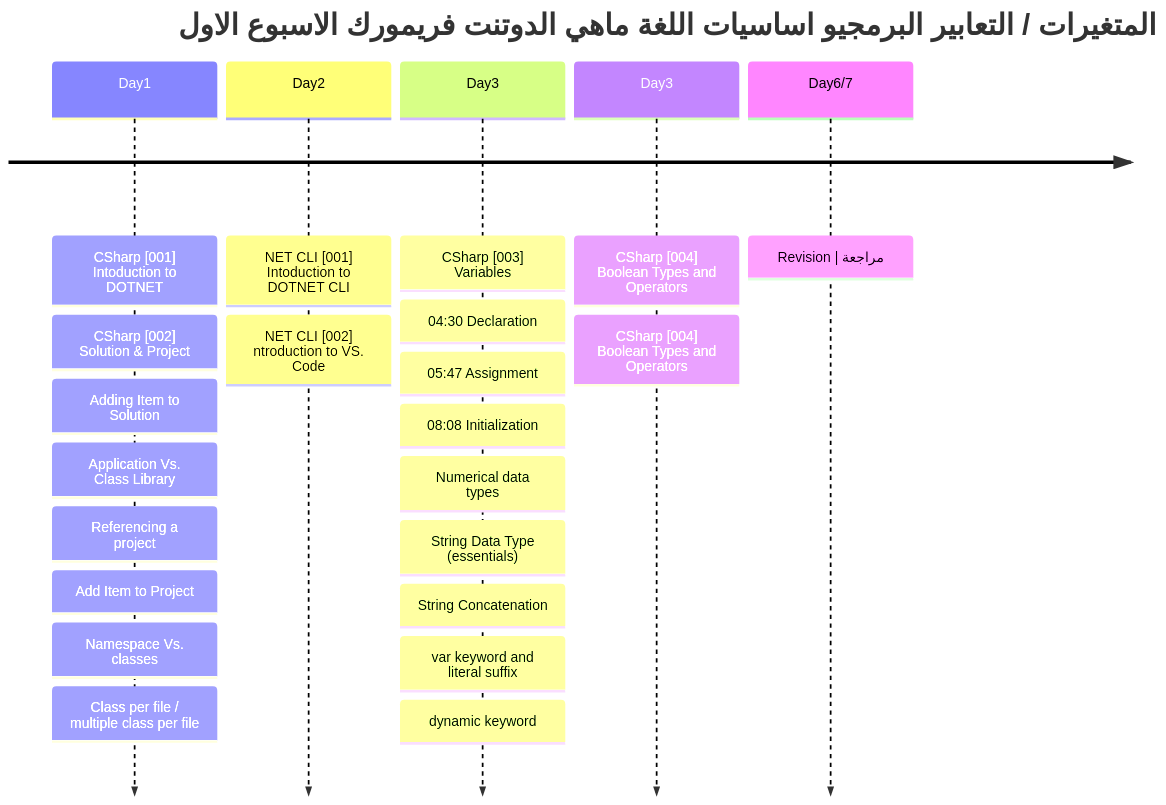
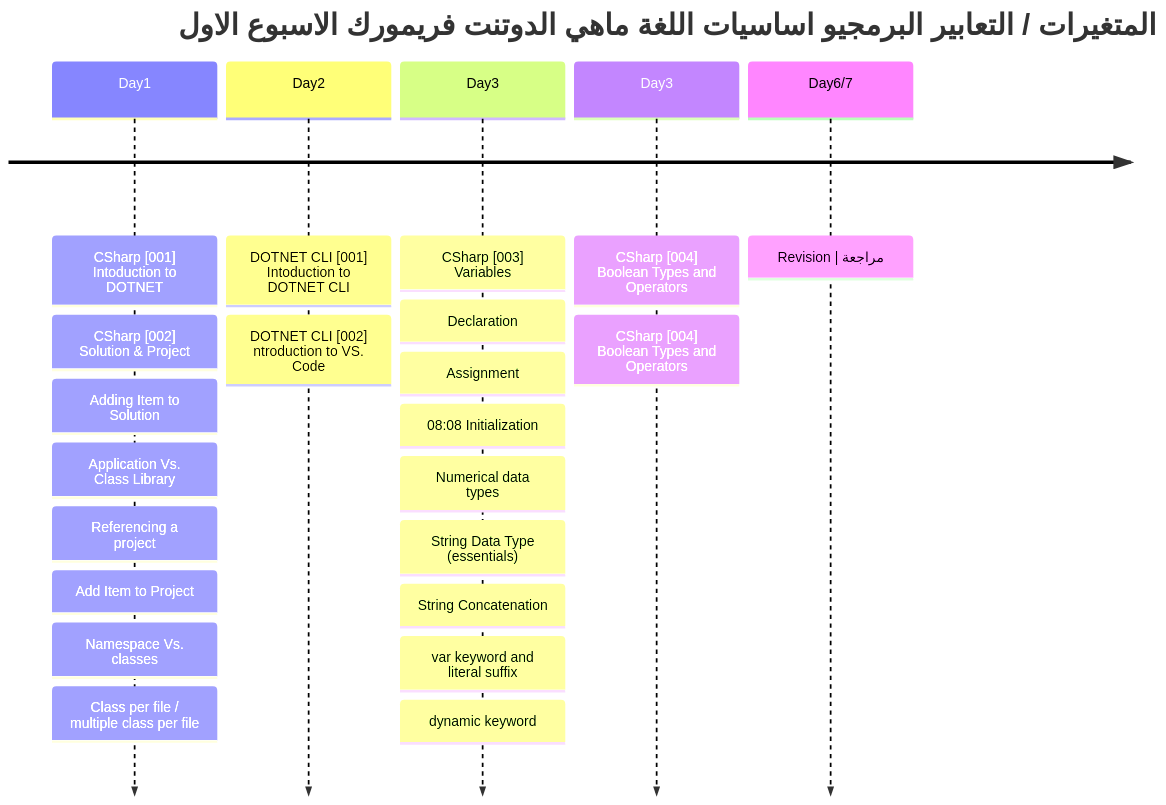
One commit to metigator/Roadmap changed the first of 3 diagrams in README.md. Above: the diagram before and after it, drawn with Mermaid.

````diff
--- a/README.md
+++ b/README.md
@@ -1,26 +1,26 @@
 ```mermaid
 timeline
     title  المتغيرات / التعابير البرمجيو اساسيات اللغة ماهي الدوتنت فريمورك  الاسبوع الاول
     Day1 : CSharp [001] Intoduction to DOTNET
          : CSharp [002] Solution & Project
          : Adding Item to Solution
          : Application Vs. Class Library
          : Referencing a project
          : Add Item to Project
          : Namespace Vs. classes
          : Class per file / multiple class per file
-    Day2 : NET CLI [001] Intoduction to DOTNET CLI
-         : NET CLI [002] ntroduction to VS. Code
+    Day2 : DOTNET CLI [001] Intoduction to DOTNET CLI
+         : DOTNET CLI [002] ntroduction to VS. Code
     Day3 : CSharp [003] Variables 
-         : 04:30 Declaration
-         : 05:47 Assignment
+         : Declaration
+         : Assignment
          : 08:08 Initialization
          : Numerical data types
          : String Data Type (essentials)
          : String Concatenation
          : var keyword and literal suffix
          : dynamic keyword
     Day3 : CSharp [004] Boolean Types and Operators
          : CSharp [004] Boolean Types and Operators
   Day6/7 : Revision | مراجعة 
 ```
````
